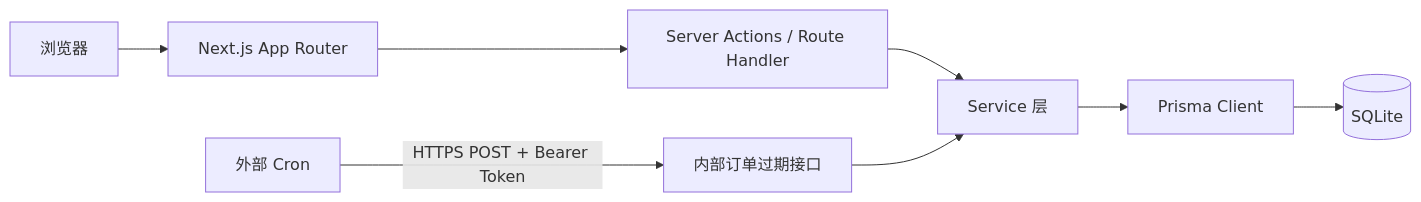
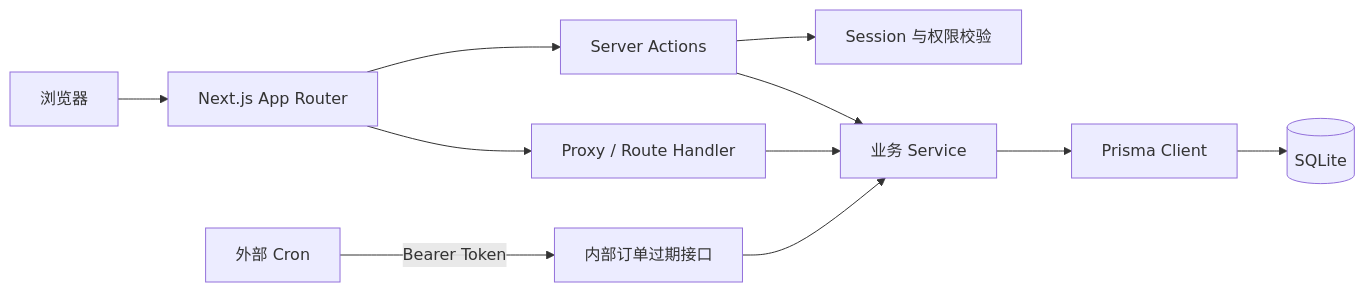
Before and after one commit to zhenwuchen/Mini-Mal: the diagram in README.md, drawn with Mermaid. The commit also changed other lines of this file and 122 other files, not shown here.

````diff
--- a/README.md
+++ b/README.md
@@ -59,11 +82,14 @@
 ```mermaid
 flowchart LR
-  Browser[浏览器] --> App[Next.js App Router]
-  App --> Actions[Server Actions / Route Handler]
-  Actions --> Services[Service 层]
+  Browser[浏览器] --> Pages[Next.js App Router]
+  Pages --> Actions[Server Actions]
+  Pages --> Proxy[Proxy / Route Handler]
+  Actions --> Auth[Session 与权限校验]
+  Actions --> Services[业务 Service]
+  Proxy --> Services
   Services --> Prisma[Prisma Client]
   Prisma --> SQLite[(SQLite)]
 
-  Cron[外部 Cron] -->|HTTPS POST + Bearer Token| Internal[内部订单过期接口]
+  Cron[外部 Cron] -->|Bearer Token| Internal[内部订单过期接口]
   Internal --> Services
 ```
````
